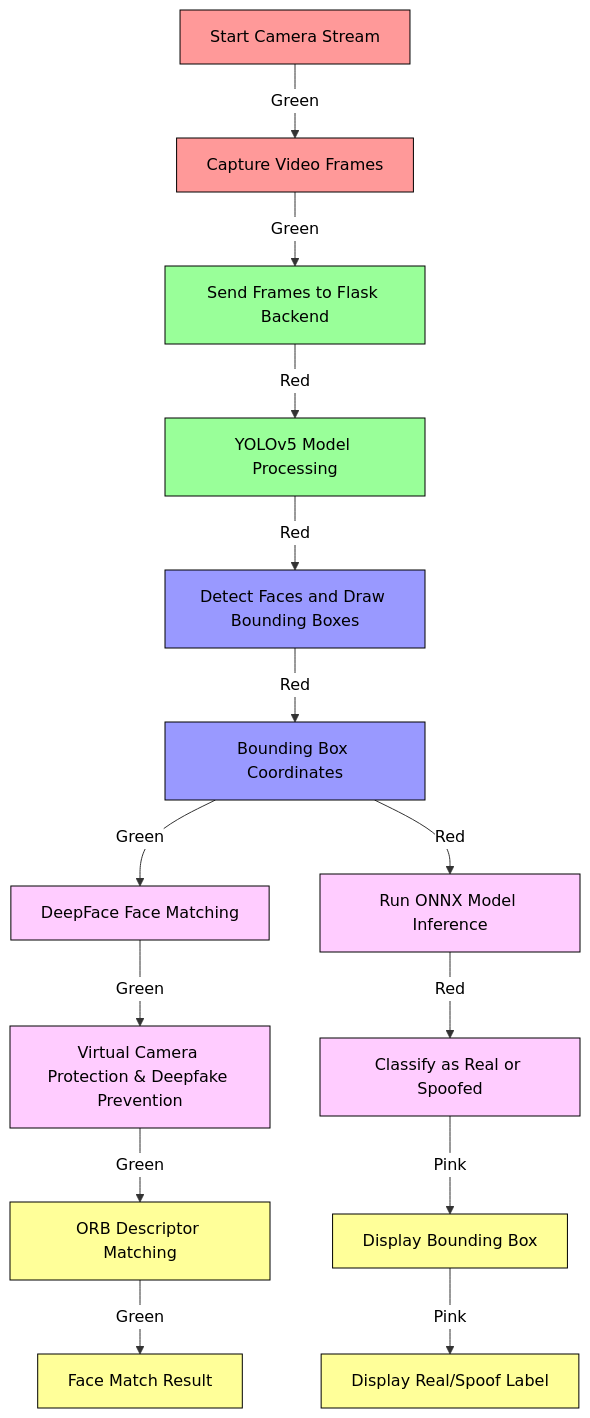
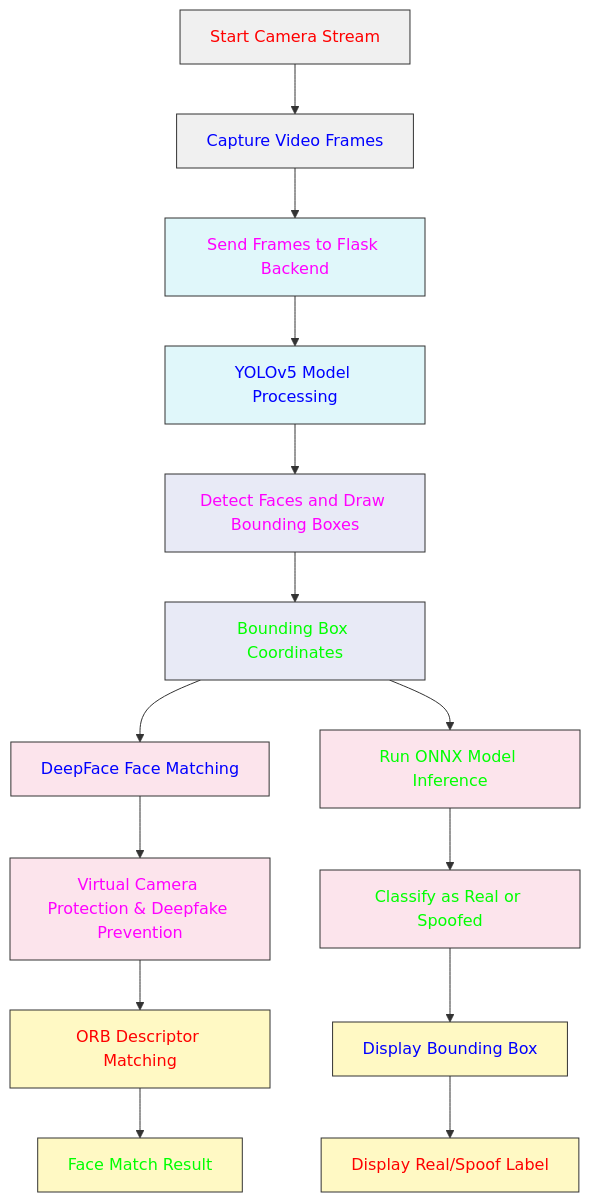
One commit to Tharun-selladurai/face_liveliness_web_platform changed the sixth of 6 diagrams in README.md. Above: the diagram before and after it, drawn with Mermaid. The commit also changed other lines of this file, not shown here.

````diff
--- a/README.md
+++ b/README.md
@@ -125,31 +123,31 @@
 ```mermaid
-%%{init: { "theme": "default", "themeVariables": { "edgeLabelBackground": "#ffffff", "tertiaryColor": "#ffffff", "primaryColor": "#ff9999", "edgeColor": "#008000", "textColor": "#000000" }}}%%
+%%{init: { "theme": "default", "themeVariables": { "edgeLabelBackground": "#ffffff", "tertiaryColor": "#ffffff", "primaryColor": "#f0f0f0", "edgeColor": "#333", "textColor": "#000000" }}}%%
 graph TD;
-    A[Start Camera Stream] -->|Green| B[Capture Video Frames]
-    B -->|Green| C[Send Frames to Flask Backend]
-    C -->|Red| D[YOLOv5 Model Processing]
-    D -->|Red| E[Detect Faces and Draw Bounding Boxes]
-    E -->|Red| F[Bounding Box Coordinates]
-    F -->|Green| G[DeepFace Face Matching]
-    G -->|Green| H[Virtual Camera Protection & Deepfake Prevention]
-    H -->|Green| I[ORB Descriptor Matching]
-    I -->|Green| J[Face Match Result]
-    F -->|Red| K[Run ONNX Model Inference]
-    K -->|Red| L[Classify as Real or Spoofed]
-    L -->|Pink| M[Display Bounding Box]
-    M -->|Pink| N[Display Real/Spoof Label]
+    A[<font color="#ff0000">Start Camera Stream</font>] --> B[<font color="#0000ff">Capture Video Frames</font>]
+    B --> C[<font color="#ff00ff">Send Frames to Flask Backend</font>]
+    C --> D[<font color="#0000ff">YOLOv5 Model Processing</font>]
+    D --> E[<font color="#ff00ff">Detect Faces and Draw Bounding Boxes</font>]
+    E --> F[<font color="#00ff00">Bounding Box Coordinates</font>]
+    F --> G[<font color="#0000ff">DeepFace Face Matching</font>]
+    G --> H[<font color="#ff00ff">Virtual Camera Protection & Deepfake Prevention</font>]
+    H --> I[<font color="#ff0000">ORB Descriptor Matching</font>]
+    I --> J[<font color="#00ff00">Face Match Result</font>]
+    F --> K[<font color="#00ff00">Run ONNX Model Inference</font>]
+    K --> L[<font color="#00ff00">Classify as Real or Spoofed</font>]
+    L --> M[<font color="#0000ff">Display Bounding Box</font>]
+    M --> N[<font color="#ff0000">Display Real/Spoof Label</font>]
     
-    classDef capture fill:#ff9999,stroke:#000000,color:#000000;
-    classDef detect fill:#99ff99,stroke:#000000,color:#000000;
-    classDef match fill:#9999ff,stroke:#000000,color:#000000;
-    classDef antiSpoof fill:#ffccff,stroke:#000000,color:#000000;
-    classDef display fill:#ffff99,stroke:#000000,color:#000000;
+    classDef capture fill:#f0f0f0,stroke:#333,color:#000000;
+    classDef detect fill:#e0f7fa,stroke:#333,color:#000000;
+    classDef match fill:#e8eaf6,stroke:#333,color:#000000;
+    classDef antiSpoof fill:#fce4ec,stroke:#333,color:#000000;
+    classDef display fill:#fff9c4,stroke:#333,color:#000000;
     
     class A,B capture;
     class C,D detect;
     class E,F match;
     class G,H antiSpoof;
     class I,J display;
     class K,L antiSpoof;
     class M,N display;
 ```
````
